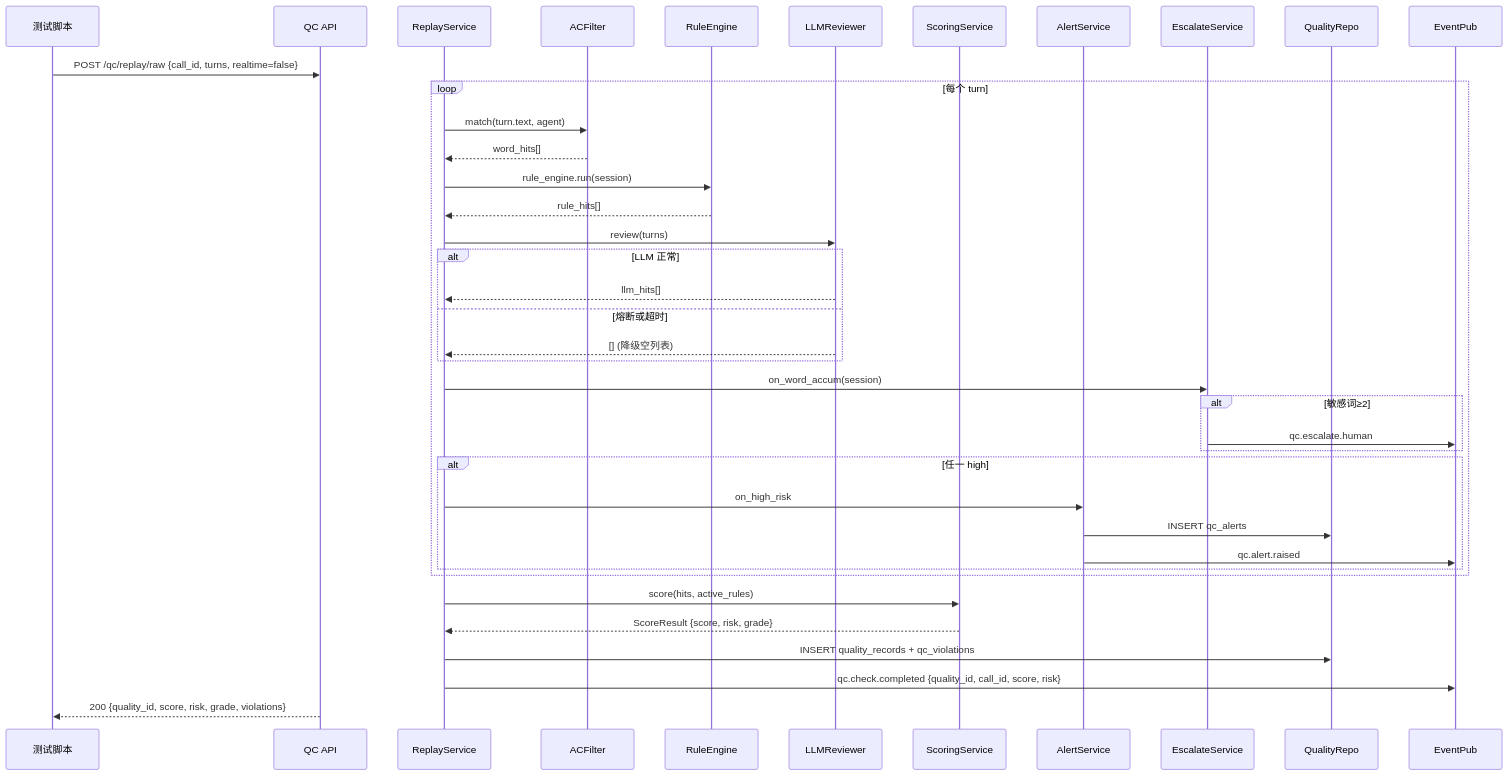
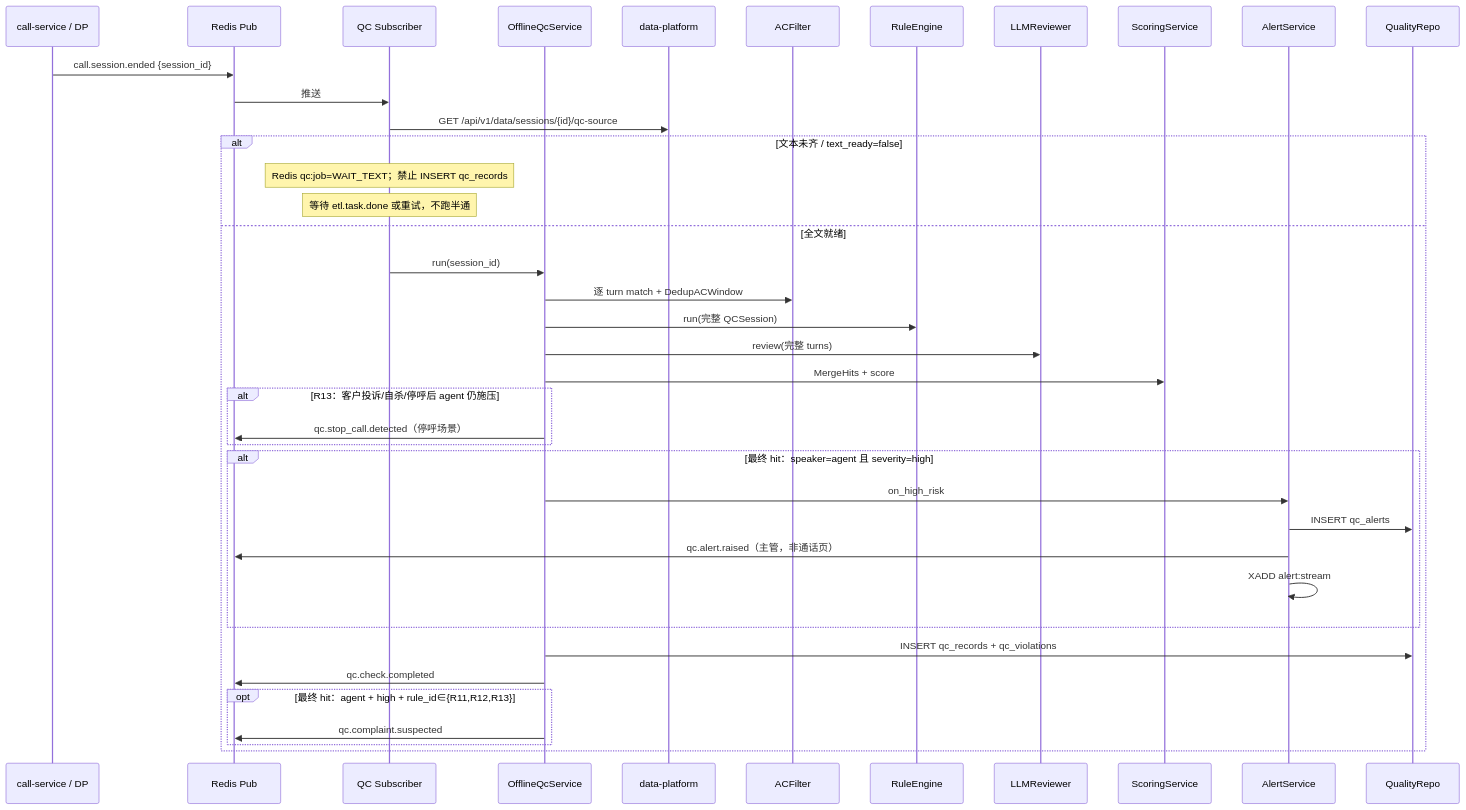
The first of 4 diagrams in requirements_document/step2_需求PRD/DD-02-QUALITY-INSPECTION.md (GavinYoung66/ai_collection), drawn with Mermaid before and after one commit. The commit also changed other lines of this file and 25 other files, not shown here.

````diff
--- a/requirements_document/step2_需求PRD/DD-02-QUALITY-INSPECTION.md
+++ b/requirements_document/step2_需求PRD/DD-02-QUALITY-INSPECTION.md
@@ -257,42 +1307,42 @@
 ```mermaid
 sequenceDiagram
-    participant T as 测试脚本
-    participant API as QC API
-    participant RP as ReplayService
+    participant Call as call-service / DP
+    participant Pub as Redis Pub
+    participant Sub as QC Subscriber
+    participant OQ as OfflineQcService
+    participant DP as data-platform
     participant AC as ACFilter
     participant RE as RuleEngine
     participant LL as LLMReviewer
     participant SC as ScoringService
     participant AL as AlertService
-    participant ES as EscalateService
     participant QR as QualityRepo
-    participant Pub as EventPub
 
-    T->>API: POST /qc/replay/raw {call_id, turns, realtime=false}
-    loop 每个 turn
-        RP->>AC: match(turn.text, agent)
-        AC-->>RP: word_hits[]
-        RP->>RE: rule_engine.run(session)
-        RE-->>RP: rule_hits[]
-        RP->>LL: review(turns)
-        alt LLM 正常
-            LL-->>RP: llm_hits[]
-        else 熔断或超时
-            LL-->>RP: [] (降级空列表)
+    Call->>Pub: call.session.ended {session_id}
+    Pub->>Sub: 推送
+    Sub->>DP: GET /api/v1/data/sessions/{id}/qc-source
+    alt 文本未齐 / text_ready=false
+        Note over Sub: Redis qc:job=WAIT_TEXT；禁止 INSERT qc_records
+        Note over Sub: 等待 etl.task.done 或重试，不跑半通
+    else 全文就绪
+        Sub->>OQ: run(session_id)
+        OQ->>AC: 逐 turn match + DedupACWindow
+        OQ->>RE: run(完整 QCSession)
+        OQ->>LL: review(完整 turns)
+        OQ->>SC: MergeHits + score
+        alt R13：客户投诉/自杀/停呼后 agent 仍施压
+            OQ->>Pub: qc.stop_call.detected（停呼场景）
         end
-        RP->>ES: on_word_accum(session)
-        alt 敏感词≥2
-            ES->>Pub: qc.escalate.human
+        alt 最终 hit：speaker=agent 且 severity=high
+            OQ->>AL: on_high_risk
+            AL->>QR: INSERT qc_alerts
+            AL->>Pub: qc.alert.raised（主管，非通话页）
+            AL->>AL: XADD alert:stream
         end
-        alt 任一 high
-            RP->>AL: on_high_risk
-            AL->>QR: INSERT qc_alerts
-            AL->>Pub: qc.alert.raised
+        OQ->>QR: INSERT qc_records + qc_violations
+        OQ->>Pub: qc.check.completed
+        opt 最终 hit：agent + high + rule_id∈{R11,R12,R13}
+            OQ->>Pub: qc.complaint.suspected
         end
     end
-    RP->>SC: score(hits, active_rules)
-    SC-->>RP: ScoreResult {score, risk, grade}
-    RP->>QR: INSERT quality_records + qc_violations
-    RP->>Pub: qc.check.completed {quality_id, call_id, score, risk}
-    API-->>T: 200 {quality_id, score, risk, grade, violations}
 ```
````
